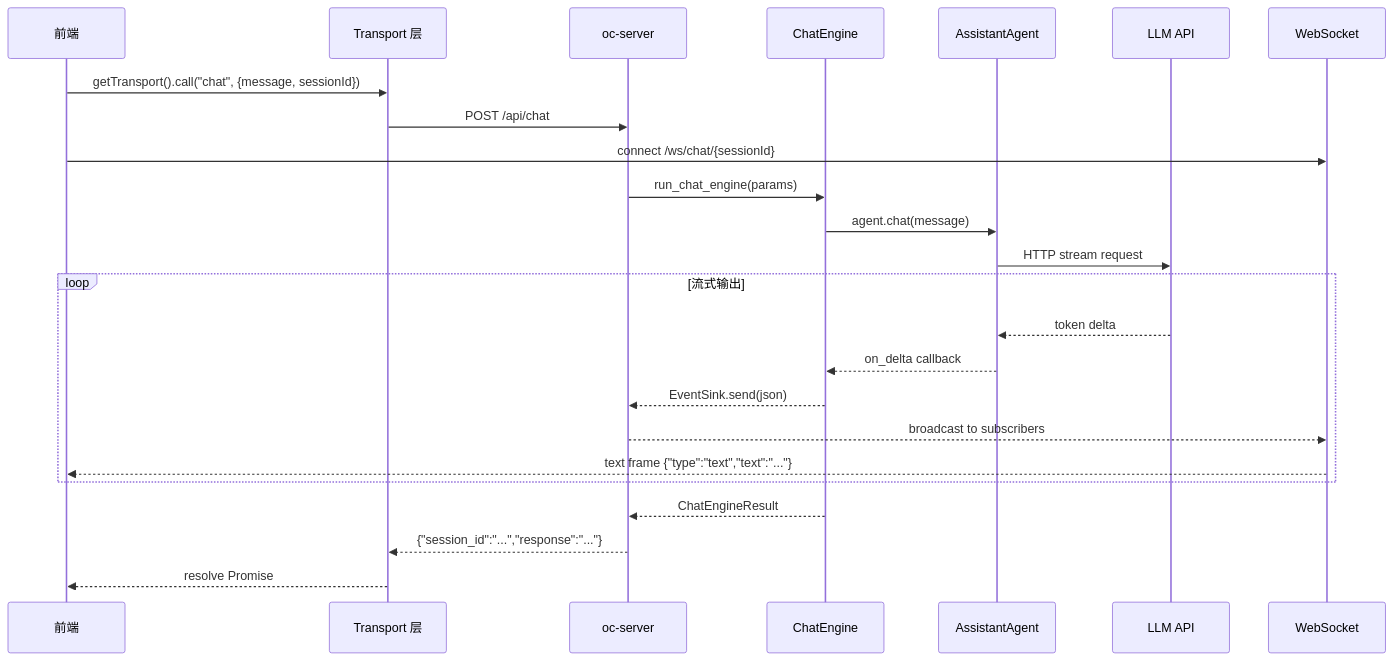
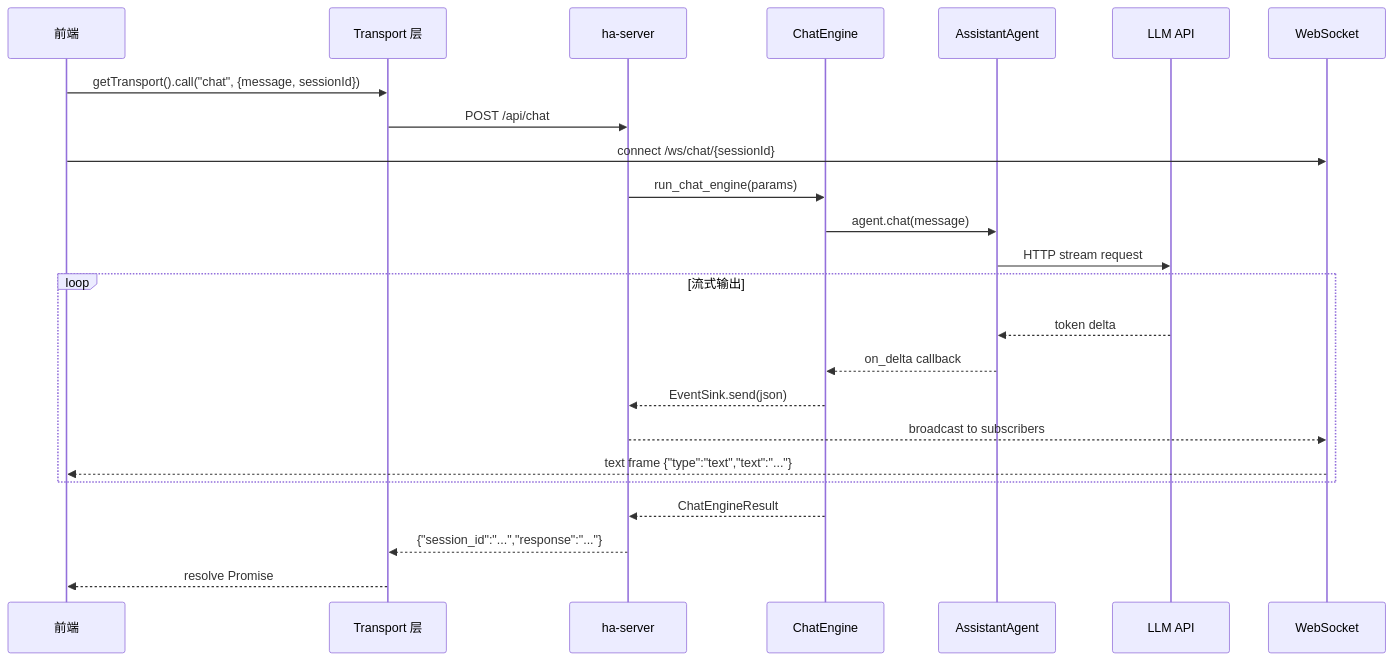
Before and after one commit to shiwenwen/hope-agent: the eighth of 8 diagrams in docs/architecture/backend-separation.md, drawn with Mermaid. The commit also changed other lines of this file and 727 other files, not shown here.

````diff
--- a/docs/architecture/backend-separation.md
+++ b/docs/architecture/backend-separation.md
@@ -529,30 +529,30 @@
 ```mermaid
 sequenceDiagram
     participant FE as 前端
     participant T as Transport 层
-    participant S as oc-server
+    participant S as ha-server
     participant CE as ChatEngine
     participant Agent as AssistantAgent
     participant LLM as LLM API
     participant WS as WebSocket
 
     FE->>T: getTransport().call("chat", {message, sessionId})
     T->>S: POST /api/chat
     FE->>WS: connect /ws/chat/{sessionId}
 
     S->>CE: run_chat_engine(params)
     CE->>Agent: agent.chat(message)
     Agent->>LLM: HTTP stream request
 
     loop 流式输出
         LLM-->>Agent: token delta
         Agent-->>CE: on_delta callback
         CE-->>S: EventSink.send(json)
         S-->>WS: broadcast to subscribers
         WS-->>FE: text frame {"type":"text","text":"..."}
     end
 
     CE-->>S: ChatEngineResult
     S-->>T: {"session_id":"...","response":"..."}
     T-->>FE: resolve Promise
 ```
````
